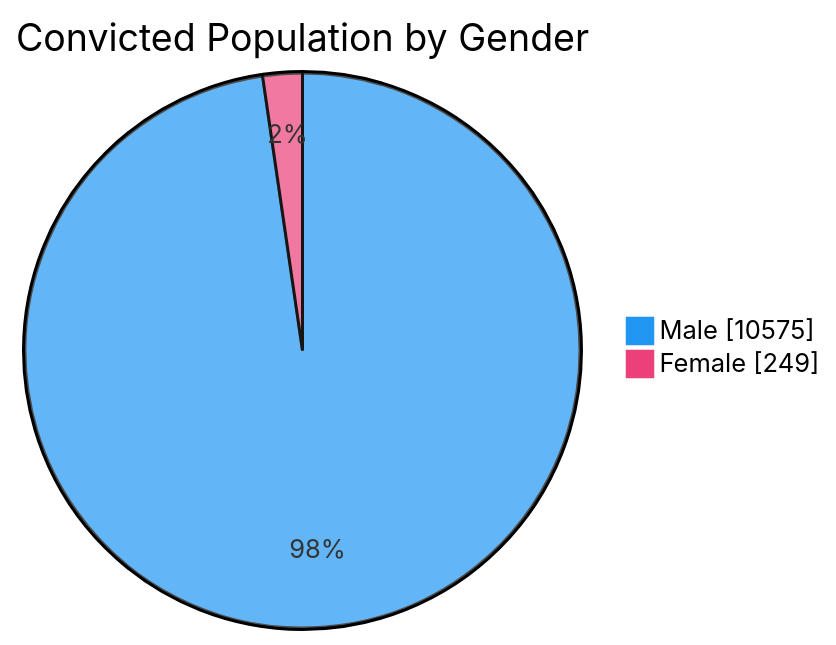
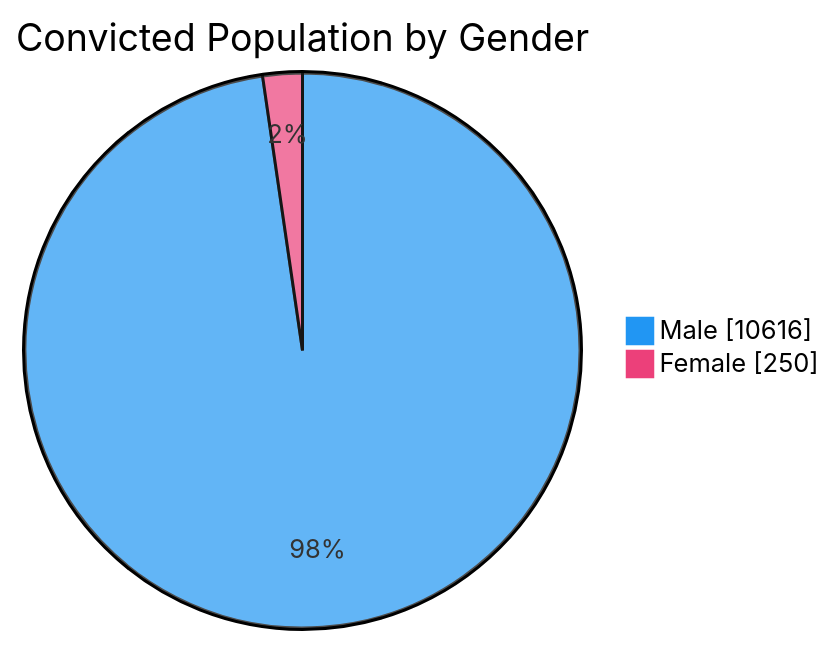
The third of 7 diagrams in README.md (nuuuwan/lk_prisons), drawn with Mermaid before and after one commit. The commit also changed other lines of this file and 1 other file, not shown here.

````diff
--- a/README.md
+++ b/README.md
@@ -65,6 +65,6 @@
 ```mermaid
 %%{init: {'themeVariables': {'pie1': '#2196F3', 'pie2': '#EC407A'}}}%%
 pie showData title Convicted Population by Gender
-    "Male" : 10575
-    "Female" : 249
+    "Male" : 10616
+    "Female" : 250
 ```
````
